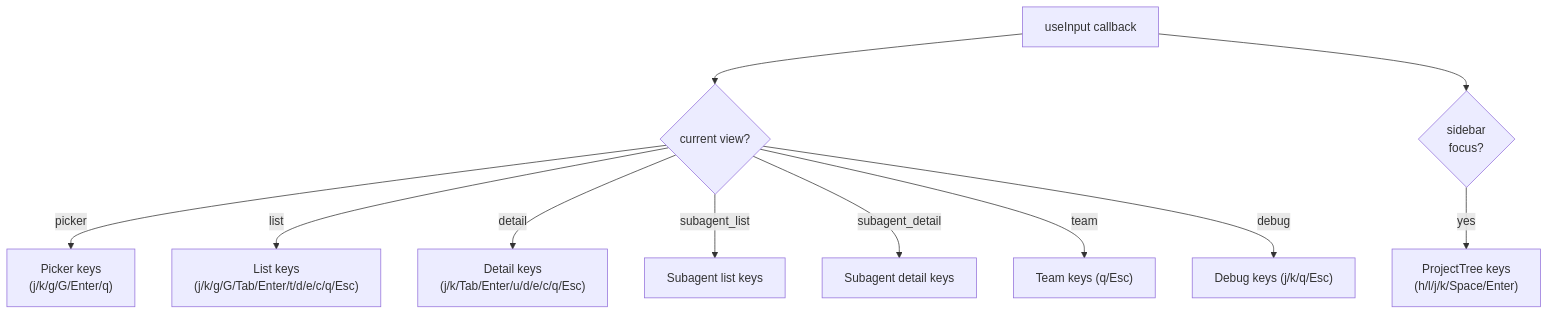
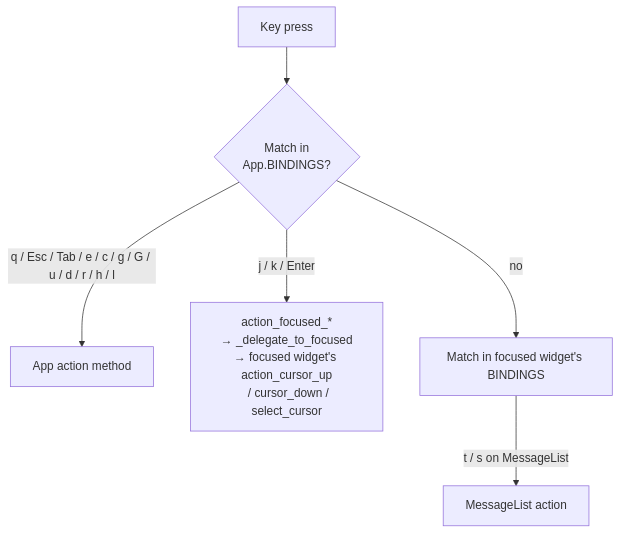
One commit to delexw/claude-code-trace changed the fifth of 11 diagrams in specs/06-tui.md. Above: the diagram before and after it, drawn with Mermaid. The commit also changed other lines of this file and 72 other files, not shown here.

````diff
--- a/specs/06-tui.md
+++ b/specs/06-tui.md
@@ -114,14 +131,9 @@
 ```mermaid
 flowchart TD
-    KEY["useInput callback"]
-    KEY --> VIEW{current view?}
-    VIEW -->|"picker"| PK["Picker keys\n(j/k/g/G/Enter/q)"]
-    VIEW -->|"list"| LS["List keys\n(j/k/g/G/Tab/Enter/t/d/e/c/q/Esc)"]
-    VIEW -->|"detail"| DT["Detail keys\n(j/k/Tab/Enter/u/d/e/c/q/Esc)"]
-    VIEW -->|"subagent_list"| SA_L["Subagent list keys"]
-    VIEW -->|"subagent_detail"| SA_D["Subagent detail keys"]
-    VIEW -->|"team"| TM["Team keys (q/Esc)"]
-    VIEW -->|"debug"| DB["Debug keys (j/k/q/Esc)"]
-    KEY --> SIDEBAR{"sidebar\nfocus?"}
-    SIDEBAR -->|"yes"| PT["ProjectTree keys\n(h/l/j/k/Space/Enter)"]
+    KEY["Key press"]
+    KEY --> APP_B{Match in\nApp.BINDINGS?}
+    APP_B -->|"q / Esc / Tab / e / c / g / G / u / d / r / h / l"| APP_ACT["App action method"]
+    APP_B -->|"j / k / Enter"| DELEGATE["action_focused_*\n→ _delegate_to_focused\n→ focused widget's action_cursor_up\n  / cursor_down / select_cursor"]
+    APP_B -->|"no"| WIDGET_B[Match in focused widget's BINDINGS]
+    WIDGET_B -->|"t / s on MessageList"| WIDGET_ACT["MessageList action"]
 ```
````
